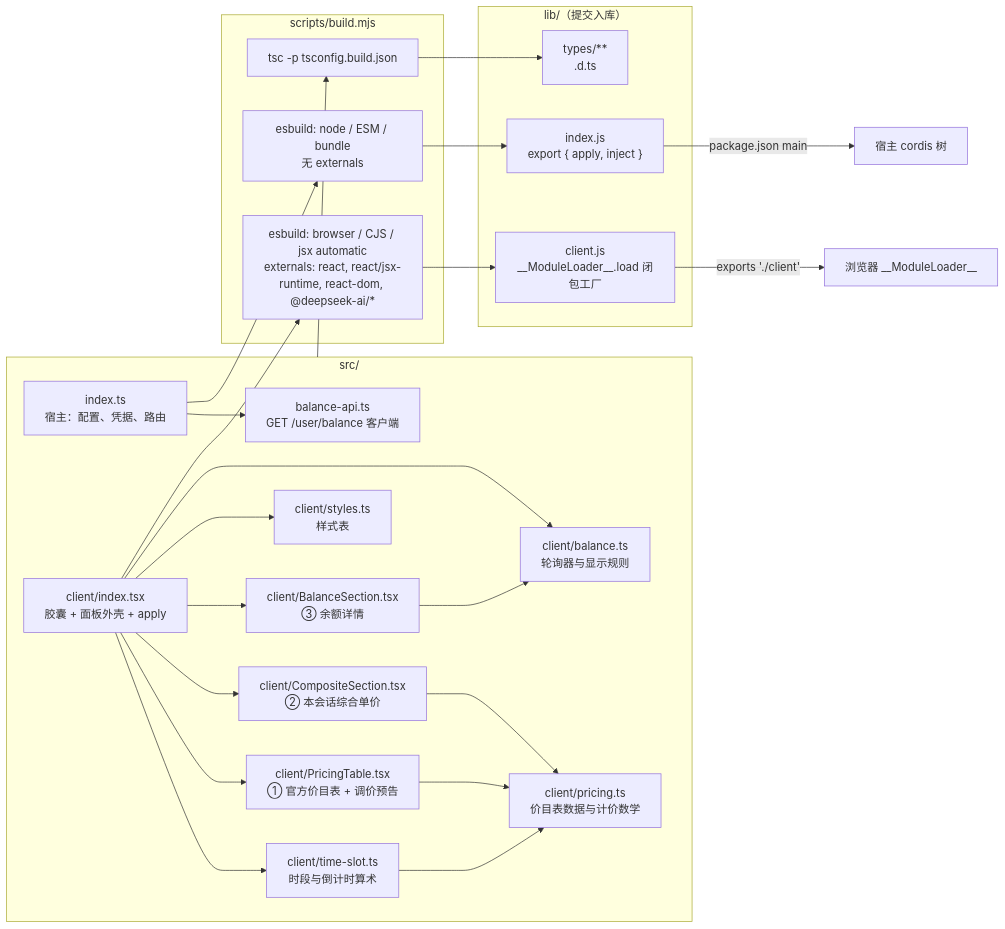
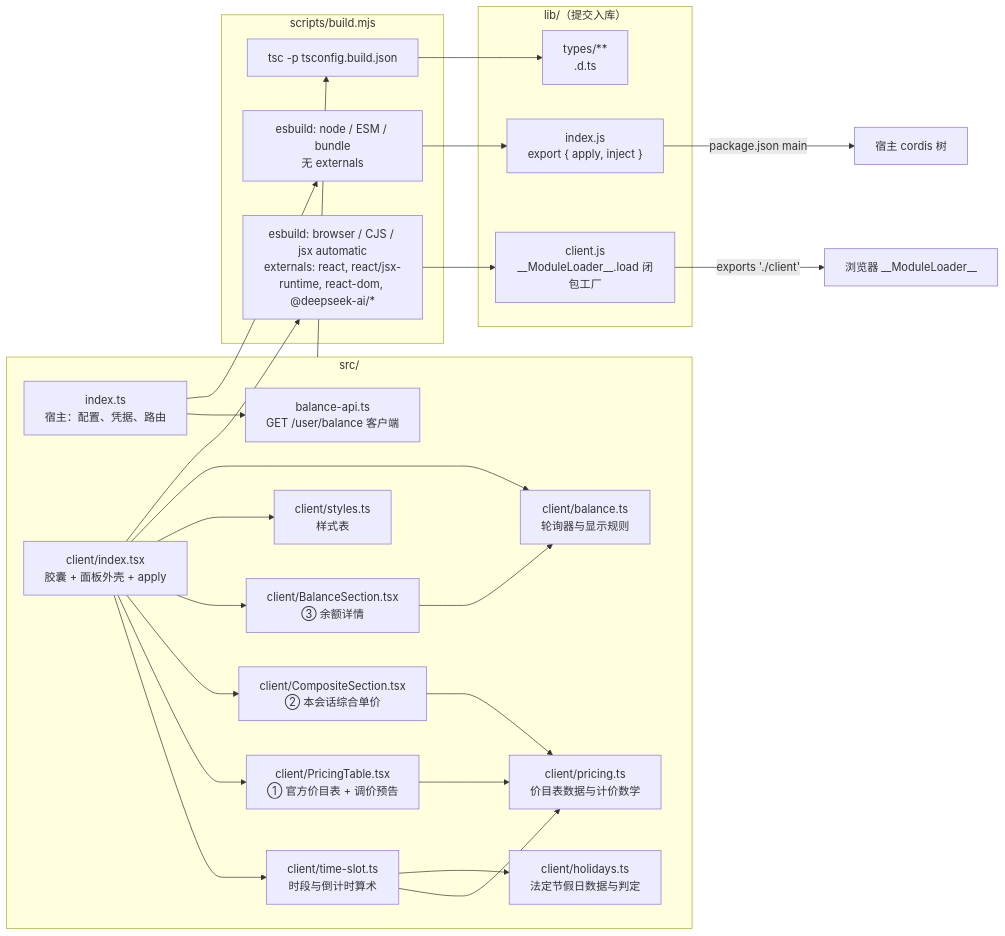
Before and after one commit to VinciBeans/deepseek-plugin-liangwengu: the second of 4 diagrams in docs/architecture.md, drawn with Mermaid. The commit also changed other lines of this file and 14 other files, not shown here.

````diff
--- a/docs/architecture.md
+++ b/docs/architecture.md
@@ -86,45 +86,47 @@
 ```mermaid
 flowchart LR
   subgraph Src["src/"]
     HostTs["index.ts<br/>宿主：配置、凭据、路由"]
     ApiTs["balance-api.ts<br/>GET /user/balance 客户端"]
     CIndex["client/index.tsx<br/>胶囊 + 面板外壳 + apply"]
     CSlot["client/time-slot.ts<br/>时段与倒计时算术"]
+    CHolidays["client/holidays.ts<br/>法定节假日数据与判定"]
     CPricing["client/PricingTable.tsx<br/>① 官方价目表 + 调价预告"]
     CComposite["client/CompositeSection.tsx<br/>② 本会话综合单价"]
     CBalanceSection["client/BalanceSection.tsx<br/>③ 余额详情"]
     CBalance["client/balance.ts<br/>轮询器与显示规则"]
     CPricingMath["client/pricing.ts<br/>价目表数据与计价数学"]
     CStyles["client/styles.ts<br/>样式表"]
     HostTs --> ApiTs
     CIndex --> CSlot
     CIndex --> CPricing
     CIndex --> CComposite
     CIndex --> CBalanceSection
     CIndex --> CStyles
     CPricing --> CPricingMath
     CComposite --> CPricingMath
     CBalanceSection --> CBalance
     CIndex --> CBalance
     CSlot --> CPricingMath
+    CSlot --> CHolidays
   end
 
   subgraph Build["scripts/build.mjs"]
     EsbuildHost["esbuild: node / ESM / bundle<br/>无 externals"]
     EsbuildClient["esbuild: browser / CJS / jsx automatic<br/>externals: react, react/jsx-runtime, react-dom, @deepseek-ai/*"]
     Tsc["tsc -p tsconfig.build.json"]
   end
 
   subgraph Lib["lib/（提交入库）"]
     LIndex["index.js<br/>export { apply, inject }"]
     LClient["client.js<br/>__ModuleLoader__.load 闭包工厂"]
     LTypes["types/**<br/>.d.ts"]
   end
 
   HostTs --> EsbuildHost --> LIndex
   CIndex --> EsbuildClient --> LClient
   Src --> Tsc --> LTypes
 
   LIndex -->|package.json main| HostRun["宿主 cordis 树"]
   LClient -->|exports './client'| ClientRun["浏览器 __ModuleLoader__"]
 ```
````
